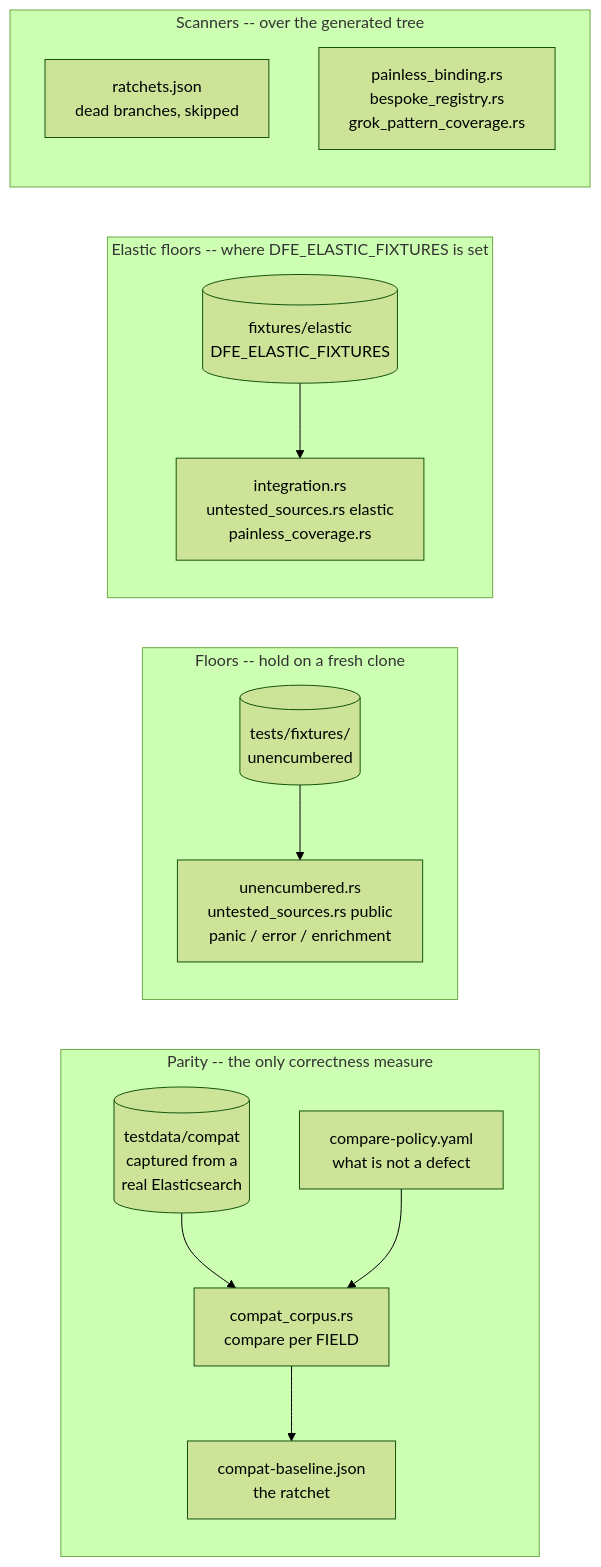
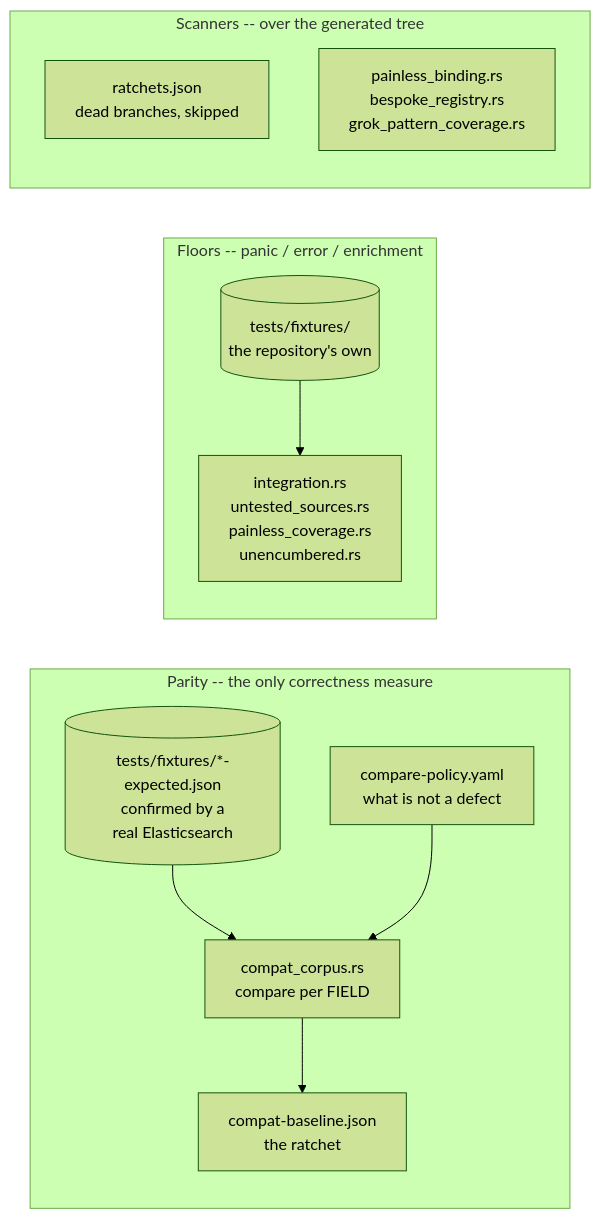
The diagram in docs/testing.md (hyperi-io/dfe-transform-elastic), drawn with Mermaid (forest theme) before and after one commit. The commit also changed other lines of this file and 6416 other files, not shown here.

First line of the commit message:
fix(tests): run ignored tests on the repository's own fixtures (#176)

````diff
--- a/docs/testing.md
+++ b/docs/testing.md
@@ -10,30 +10,24 @@
 ```mermaid
 flowchart LR
     subgraph "Parity -- the only correctness measure"
-        corpus[(testdata/compat<br/>captured from a<br/>real Elasticsearch)]
+        corpus[(tests/fixtures/*-expected.json<br/>confirmed by a<br/>real Elasticsearch)]
         cc[compat_corpus.rs<br/>compare per FIELD]
         policy[compare-policy.yaml<br/>what is not a defect]
         base[compat-baseline.json<br/>the ratchet]
     end
 
-    subgraph "Floors -- hold on a fresh clone"
-        fixtures[(tests/fixtures/<br/>unencumbered)]
-        floors[unencumbered.rs<br/>untested_sources.rs public<br/>panic / error / enrichment]
-    end
-
-    subgraph "Elastic floors -- where DFE_ELASTIC_FIXTURES is set"
-        elastic[(fixtures/elastic<br/>DFE_ELASTIC_FIXTURES)]
-        efloors[integration.rs<br/>untested_sources.rs elastic<br/>painless_coverage.rs]
+    subgraph "Floors -- panic / error / enrichment"
+        fixtures[(tests/fixtures/<br/>the repository's own)]
+        floors[integration.rs<br/>untested_sources.rs<br/>painless_coverage.rs<br/>unencumbered.rs]
     end
 
     subgraph "Scanners -- over the generated tree"
         ratchets[ratchets.json<br/>dead branches, skipped]
         binding[painless_binding.rs<br/>bespoke_registry.rs<br/>grok_pattern_coverage.rs]
     end
 
     corpus --> cc
     policy --> cc
     cc --> base
     fixtures --> floors
-    elastic --> efloors
 ```
````
